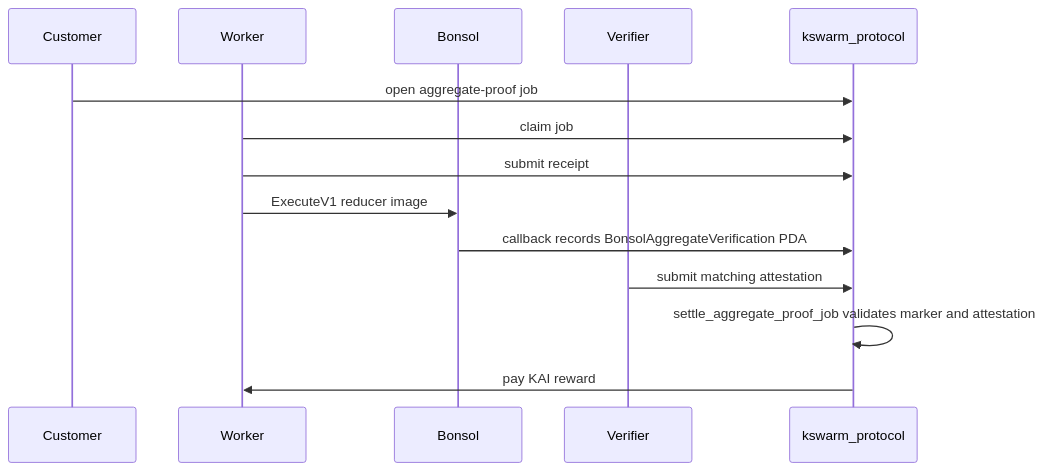
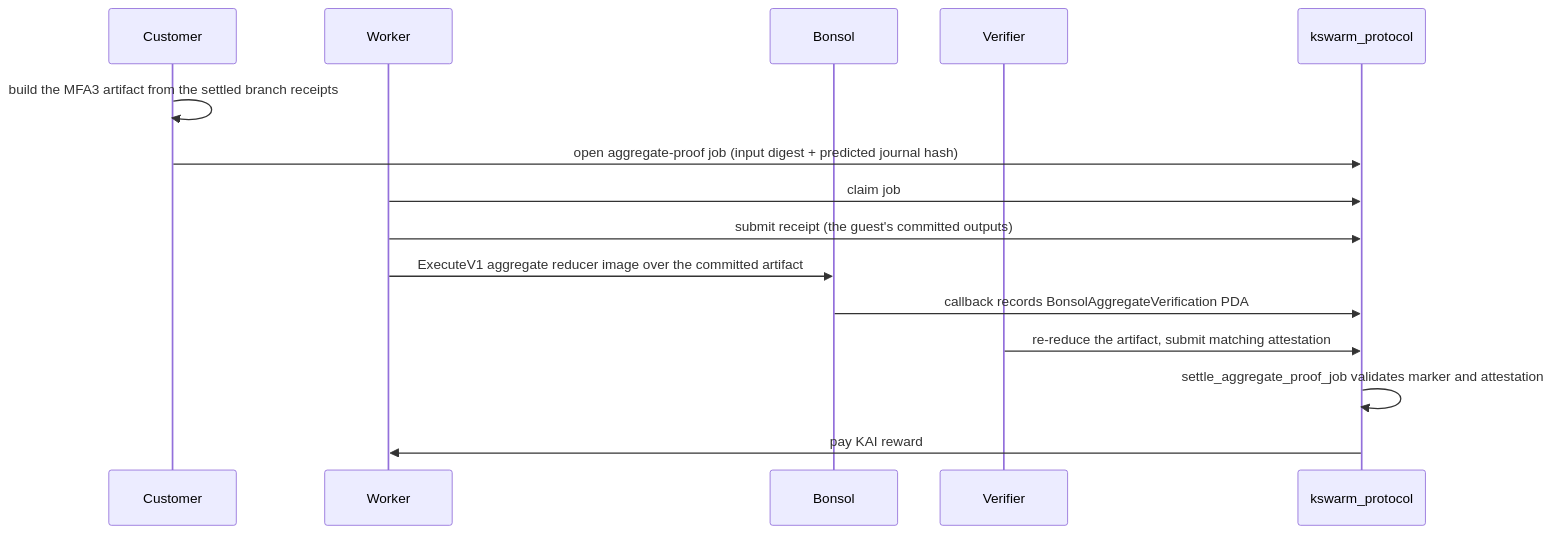
Before and after one commit to agent-k-ai/kswarm: the second of 2 diagrams in docs/architecture-overview.md, drawn with Mermaid. The commit also changed other lines of this file and 66 other files, not shown here.

````diff
--- a/docs/architecture-overview.md
+++ b/docs/architecture-overview.md
@@ -29,17 +29,18 @@
 ```mermaid
 sequenceDiagram
   participant Customer
   participant Worker
   participant Bonsol
   participant Verifier
   participant Program as kswarm_protocol
 
-  Customer->>Program: open aggregate-proof job
+  Customer->>Customer: build the MFA3 artifact from the settled branch receipts
+  Customer->>Program: open aggregate-proof job (input digest + predicted journal hash)
   Worker->>Program: claim job
-  Worker->>Program: submit receipt
-  Worker->>Bonsol: ExecuteV1 reducer image
+  Worker->>Program: submit receipt (the guest's committed outputs)
+  Worker->>Bonsol: ExecuteV1 aggregate reducer image over the committed artifact
   Bonsol->>Program: callback records BonsolAggregateVerification PDA
-  Verifier->>Program: submit matching attestation
+  Verifier->>Program: re-reduce the artifact, submit matching attestation
   Program->>Program: settle_aggregate_proof_job validates marker and attestation
   Program->>Worker: pay KAI reward
 ```
````
